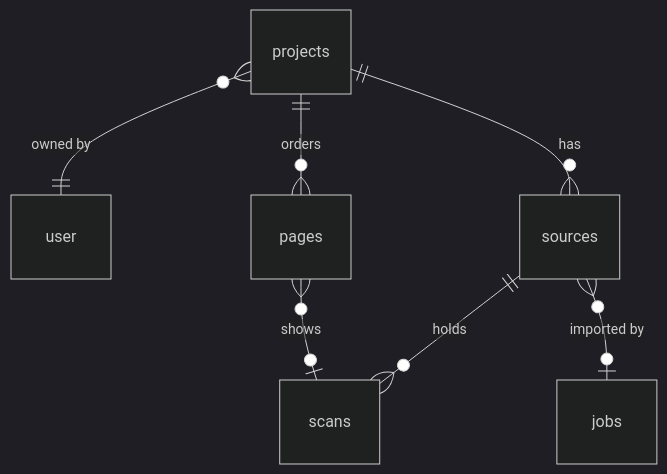
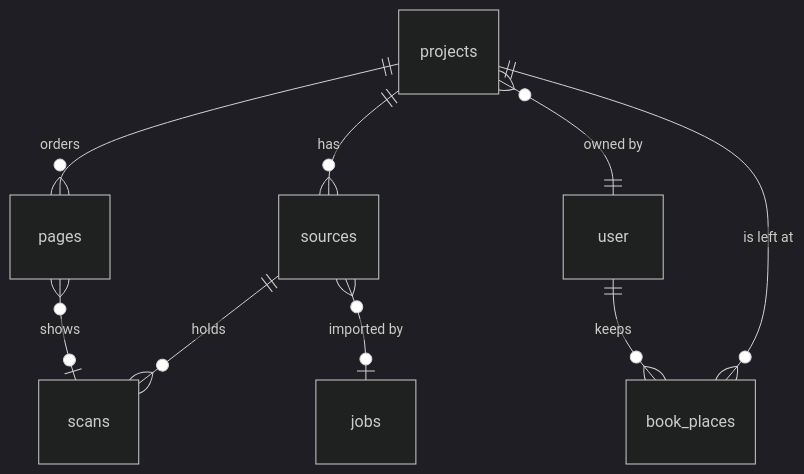
Before and after one commit to akhmialeuski/BookReviver: the fifth of 8 diagrams in docs/architecture.md, drawn with Mermaid (dark theme). The commit also changed other lines of this file and 54 other files, not shown here.

First line of the commit message:
feat(places): open a book where its reader left it

````diff
--- a/docs/architecture.md
+++ b/docs/architecture.md
@@ -801,9 +805,11 @@
 ```mermaid
 erDiagram
     projects }o--|| user : "owned by"
     projects ||--o{ sources : has
     projects ||--o{ pages : orders
     sources ||--o{ scans : holds
     pages }o--o| scans : shows
     sources }o--o| jobs : "imported by"
+    projects ||--o{ book_places : "is left at"
+    user ||--o{ book_places : keeps
 ```
````
